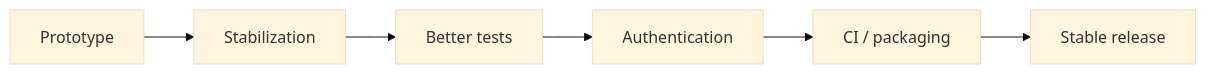
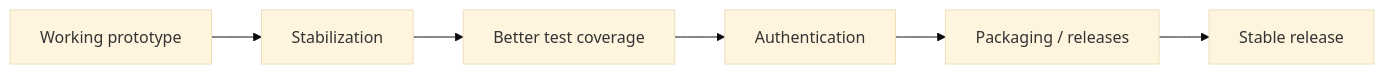
The second of 2 diagrams in README.md (Agro4221/-Content-Factory), drawn with Mermaid (base theme) before and after one commit. The commit also changed other lines of this file, not shown here.

```diff
--- a/README.md
+++ b/README.md
@@ -107,8 +168,8 @@
 ~~~mermaid
 flowchart LR
-    A["Prototype"] --> B["Stabilization"]
-    B --> C["Better tests"]
+    A["Working prototype"] --> B["Stabilization"]
+    B --> C["Better test coverage"]
     C --> D["Authentication"]
-    D --> E["CI / packaging"]
+    D --> E["Packaging / releases"]
     E --> F["Stable release"]
 ~~~
```
